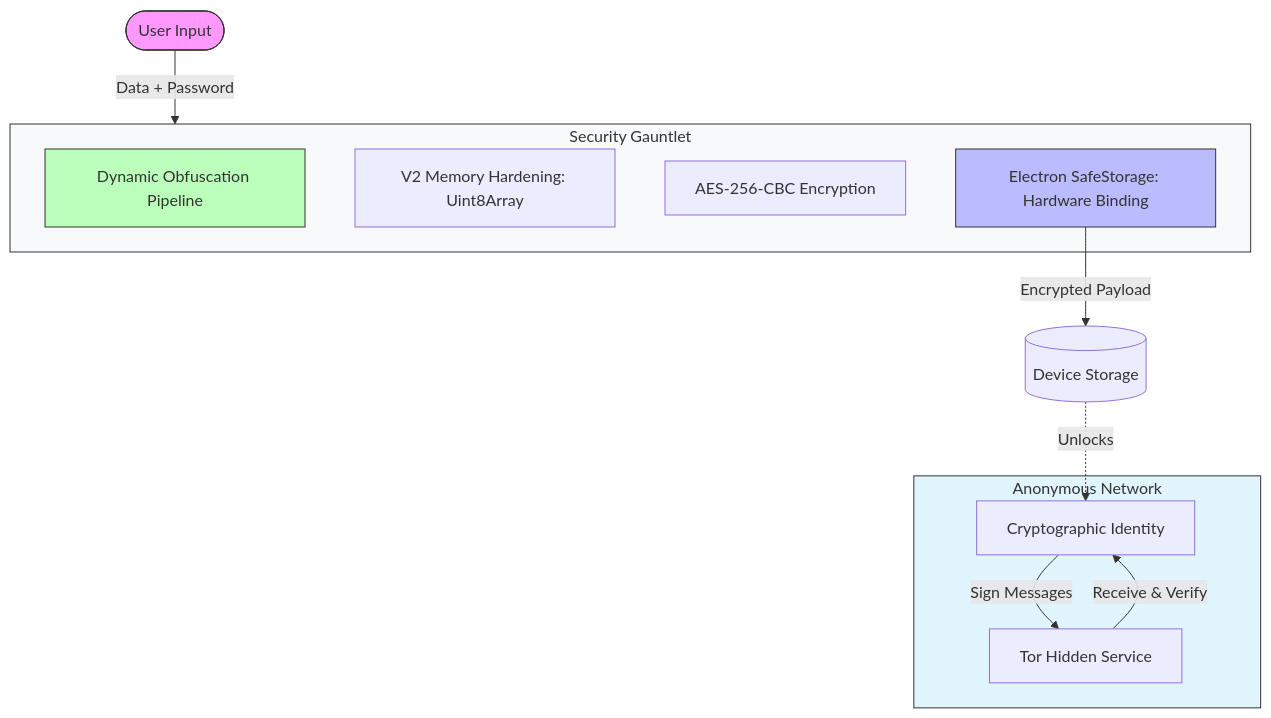
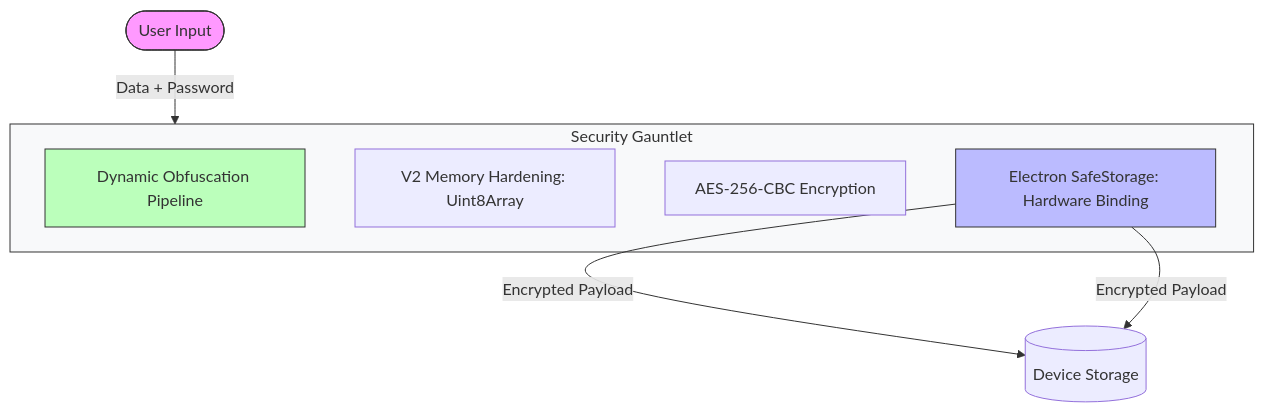
Before and after one commit to Kryklin/darkstar: the first of 4 diagrams in DARKSTAR_ARCHITECTURE.md, drawn with Mermaid. The commit also changed other lines of this file and 126 other files, not shown here.

````diff
--- a/DARKSTAR_ARCHITECTURE.md
+++ b/DARKSTAR_ARCHITECTURE.md
@@ -33,28 +32,19 @@
 ```mermaid
 graph TD
     User([User Input]) -->|Data + Password| Layers[Multi-Layer Protection]
 
     subgraph Layers [Security Gauntlet]
         Obf[Dynamic Obfuscation Pipeline]
         MemH[V2 Memory Hardening: Uint8Array]
         AES[AES-256-CBC Encryption]
         Safe[Electron SafeStorage: Hardware Binding]
     end
 
     Safe -->|Encrypted Payload| Storage[(Device Storage)]
-    
-    subgraph P2P [Anonymous Network]
-        Id[Cryptographic Identity]
-        Tor[Tor Hidden Service]
-    end
-
-    Storage -.->|Unlocks| Id
-    Id -->|Sign Messages| Tor
-    Tor -->|Receive & Verify| Id
+    Safe -->|Encrypted Payload| Storage[(Device Storage)]
 
     style User fill:#f9f,stroke:#333
     style Layers fill:#f8f9fa,stroke:#333
     style Safe fill:#bbf,stroke:#333
     style Obf fill:#bfb,stroke:#333
-    style P2P fill:#e1f5fe,stroke:#333
 ```
````
